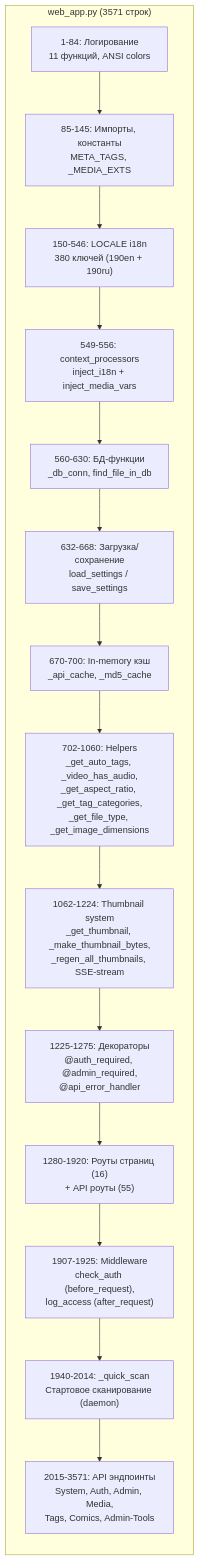
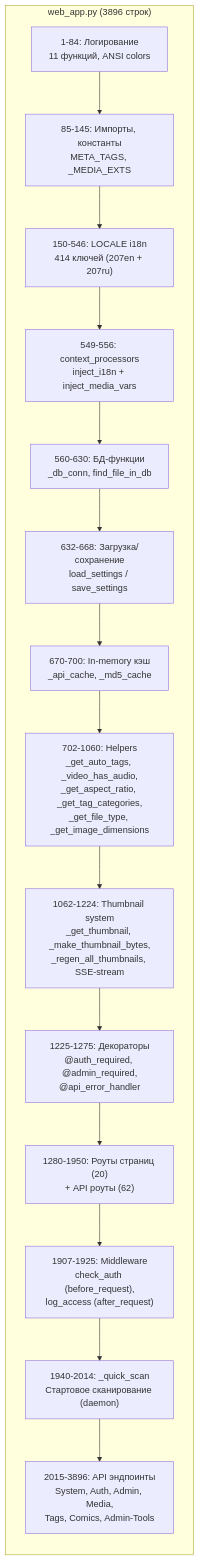
The fourth of 13 diagrams in docs/code-guide.md (levpr1c/MediaVault), drawn with Mermaid before and after one commit. The commit also changed other lines of this file and 11 other files, not shown here.

````diff
--- a/docs/code-guide.md
+++ b/docs/code-guide.md
@@ -520,18 +536,18 @@
 ```mermaid
 flowchart LR
-    subgraph "web_app.py (3571 строк)"
+    subgraph "web_app.py (3896 строк)"
         A["1-84: Логирование\n11 функций, ANSI colors"] --> B["85-145: Импорты, константы\nMETA_TAGS, _MEDIA_EXTS"]
-        B --> C["150-546: LOCALE i18n\n380 ключей (190en + 190ru)"]
+        B --> C["150-546: LOCALE i18n\n414 ключей (207en + 207ru)"]
         C --> D["549-556: context_processors\ninject_i18n + inject_media_vars"]
         D --> E["560-630: БД-функции\n_db_conn, find_file_in_db"]
         E --> F["632-668: Загрузка/сохранение\nload_settings / save_settings"]
         F --> G["670-700: In-memory кэш\n_api_cache, _md5_cache"]
         G --> H["702-1060: Helpers\n_get_auto_tags, _video_has_audio,\n_get_aspect_ratio, _get_tag_categories,\n_get_file_type, _get_image_dimensions"]
         H --> I["1062-1224: Thumbnail system\n_get_thumbnail, _make_thumbnail_bytes,\n_regen_all_thumbnails, SSE-stream"]
         I --> J["1225-1275: Декораторы\n@auth_required, @admin_required,\n@api_error_handler"]
-        J --> K["1280-1920: Роуты страниц (16)\n+ API роуты (55)"]
+        J --> K["1280-1950: Роуты страниц (20)\n+ API роуты (62)"]
         K --> L["1907-1925: Middleware\ncheck_auth (before_request),\nlog_access (after_request)"]
         L --> M["1940-2014: _quick_scan\nСтартовое сканирование (daemon)"]
-        M --> N["2015-3571: API эндпоинты\nSystem, Auth, Admin, Media,\nTags, Comics, Admin-Tools"]
+        M --> N["2015-3896: API эндпоинты\nSystem, Auth, Admin, Media,\nTags, Comics, Admin-Tools"]
     end
 ```
````
